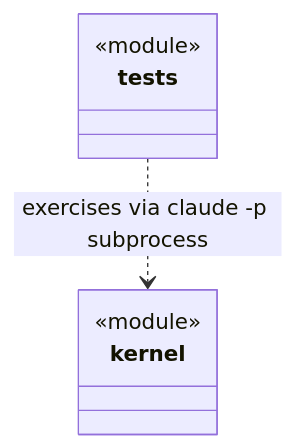
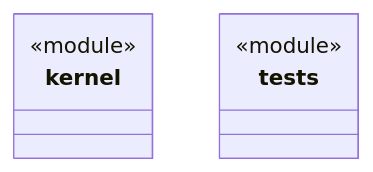
The diagram in .dna/module.md (nan023062/cbim), drawn with Mermaid before and after one commit. The commit also changed other lines of this file and 4 other files, not shown here.

````diff
--- a/.dna/module.md
+++ b/.dna/module.md
@@ -30,7 +31,5 @@
 ```mermaid
 classDiagram
     class kernel { <<module>> }
     class tests { <<module>> }
-
-    tests ..> kernel : exercises via claude -p subprocess
 ```
````
